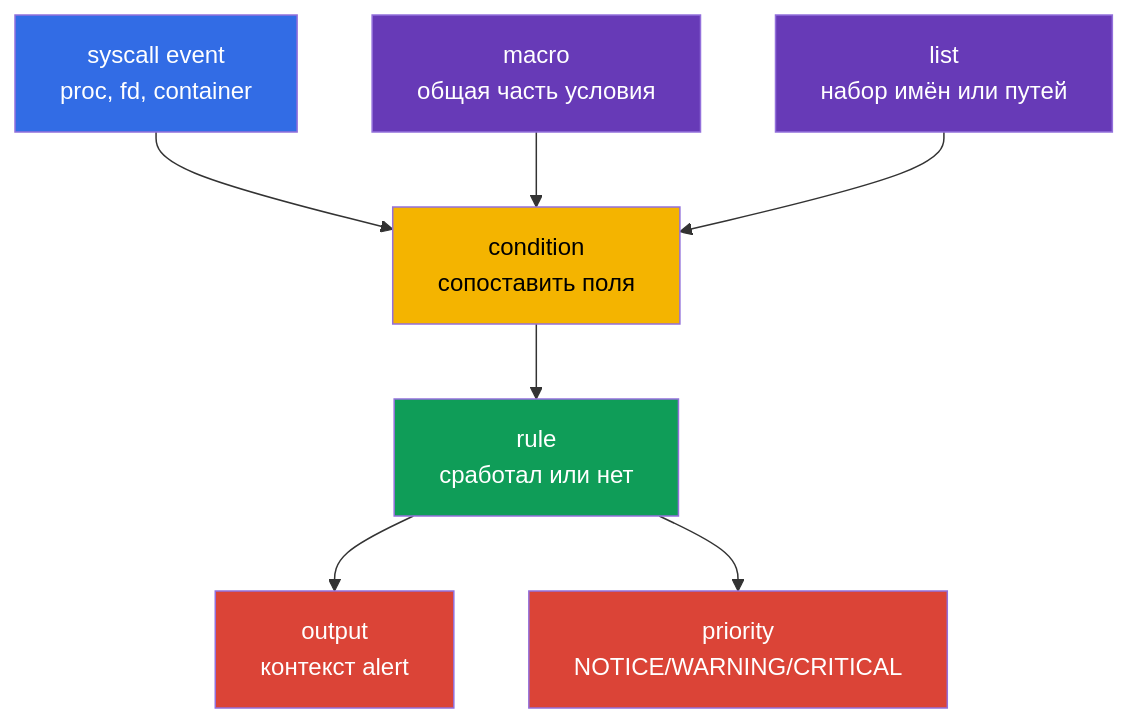
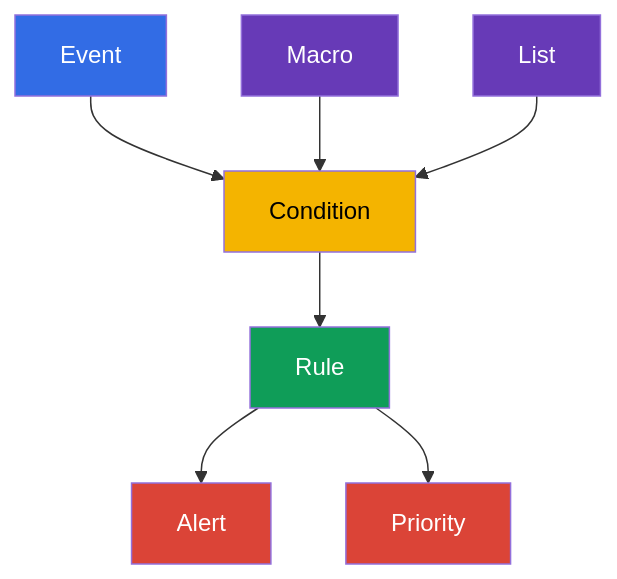
Before and after one commit to ViktorUJ/cks: the third of 3 diagrams in tasks/cks/course/29/ru.md, drawn with Mermaid. The commit also changed other lines of this file and 19 other files, not shown here.

````diff
--- a/tasks/cks/course/29/ru.md
+++ b/tasks/cks/course/29/ru.md
@@ -288,16 +291,16 @@
 ```mermaid
 flowchart TB
-    event["syscall event<br/>proc, fd, container"] --> condition["condition<br/>сопоставить поля"]
-    macro["macro<br/>общая часть условия"] --> condition
-    list["list<br/>набор имён или путей"] --> condition
-    condition --> rule["rule<br/>сработал или нет"]
-    rule --> output["output<br/>контекст alert"]
-    rule --> priority["priority<br/>NOTICE/WARNING/CRITICAL"]
+    event["Event"] --> condition["Condition"]
+    macro["Macro"] --> condition
+    list["List"] --> condition
+    condition --> rule["Rule"]
+    rule --> output["Alert"]
+    rule --> priority["Priority"]
     style event fill:#326ce5,color:#fff
     style macro fill:#673ab7,color:#fff
     style list fill:#673ab7,color:#fff
     style condition fill:#f4b400,color:#000
     style rule fill:#0f9d58,color:#fff
     style output fill:#db4437,color:#fff
     style priority fill:#db4437,color:#fff
 ```
````
